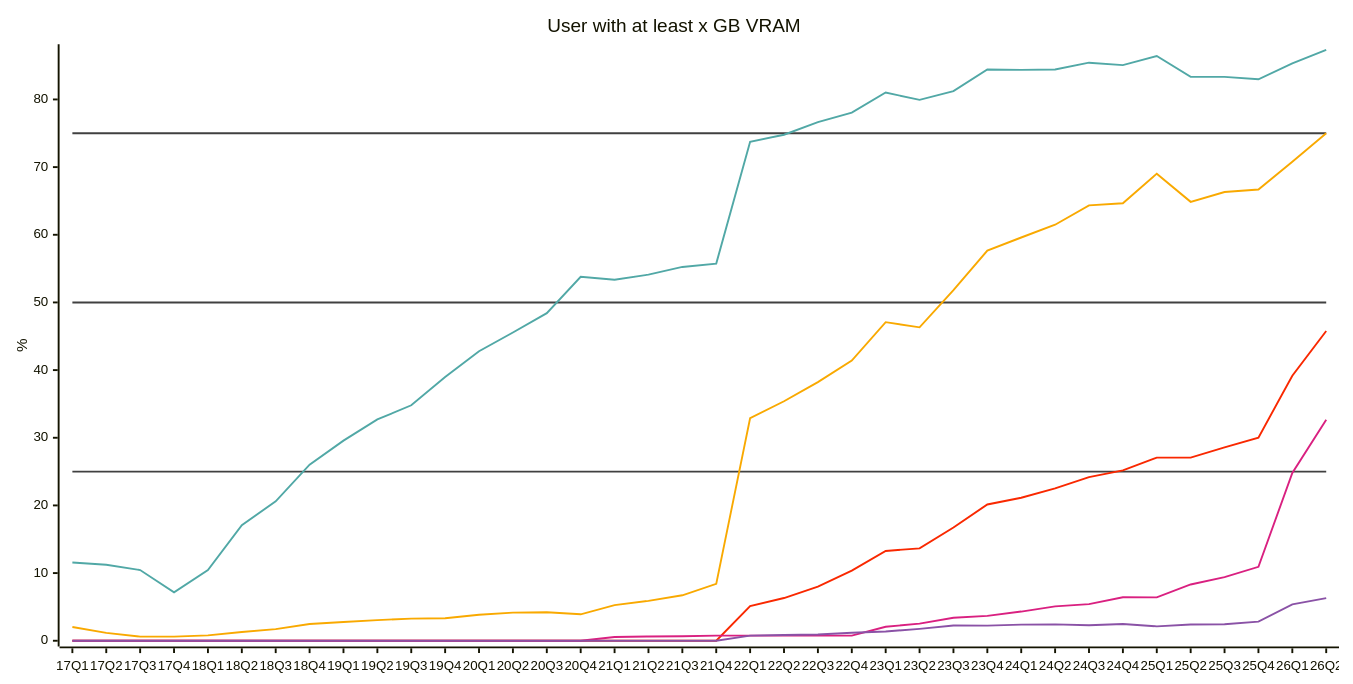
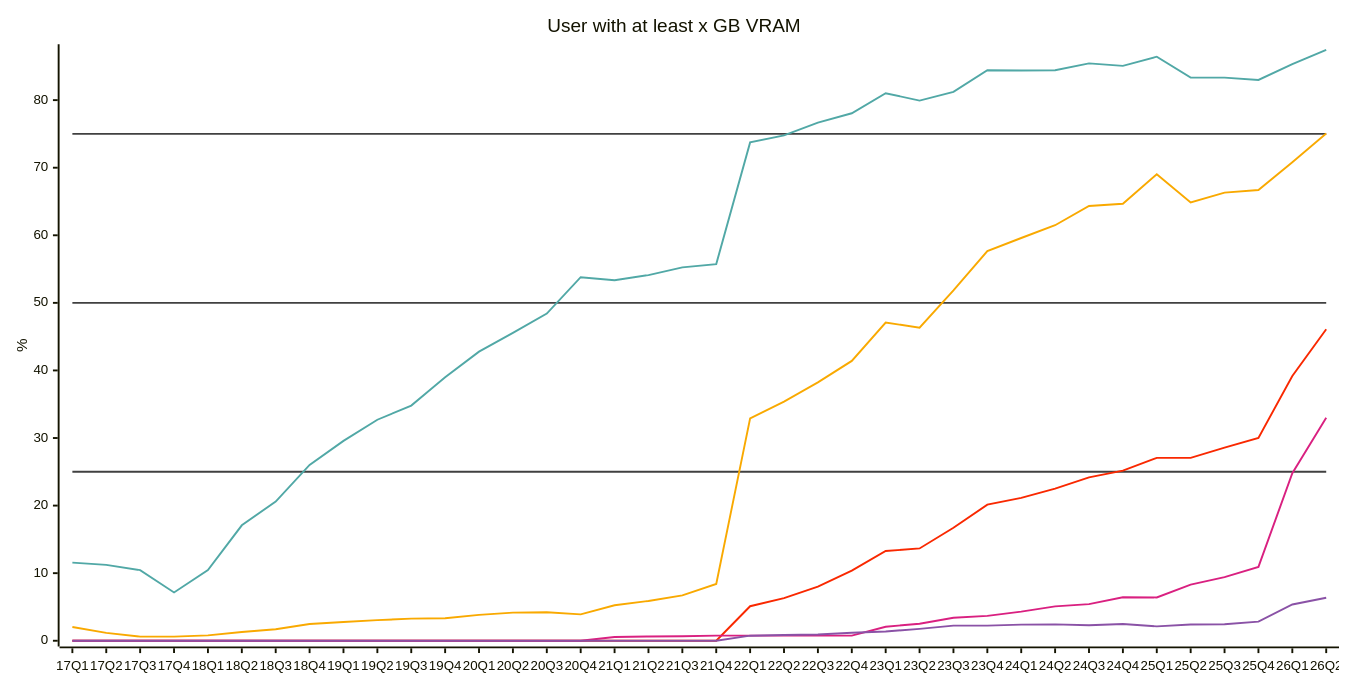
Diagram 12 of 31 in README.md (jdegene/steamHWsurvey), drawn with Mermaid before and after one commit. The commit also changed other lines of this file and 3 other files, not shown here.

````diff
--- a/README.md
+++ b/README.md
@@ -404,26 +410,26 @@
 ```mermaid
 ---
 config:
     xyChart:
         width: 1400
         height: 700
         
     themeVariables:
         xyChart:
             plotColorPalette: "#404040,#404040,#404040,#51a8a6,#f9a900,#f92800,#d92080,#8a52a6"
 
 --- 
 
 xychart-beta
     title "User with at least x GB VRAM"
     x-axis [17Q1, 17Q2, 17Q3, 17Q4, 18Q1, 18Q2, 18Q3, 18Q4, 19Q1, 19Q2, 19Q3, 19Q4, 20Q1, 20Q2, 20Q3, 20Q4, 21Q1, 21Q2, 21Q3, 21Q4, 22Q1, 22Q2, 22Q3, 22Q4, 23Q1, 23Q2, 23Q3, 23Q4, 24Q1, 24Q2, 24Q3, 24Q4, 25Q1, 25Q2, 25Q3, 25Q4, 26Q1, 26Q2]
     y-axis "%" 
  line [25, 25, 25, 25, 25, 25, 25, 25, 25, 25, 25, 25, 25, 25, 25, 25, 25, 25, 25, 25, 25, 25, 25, 25, 25, 25, 25, 25, 25, 25, 25, 25, 25, 25, 25, 25, 25, 25]
  line [50, 50, 50, 50, 50, 50, 50, 50, 50, 50, 50, 50, 50, 50, 50, 50, 50, 50, 50, 50, 50, 50, 50, 50, 50, 50, 50, 50, 50, 50, 50, 50, 50, 50, 50, 50, 50, 50]
  line [75, 75, 75, 75, 75, 75, 75, 75, 75, 75, 75, 75, 75, 75, 75, 75, 75, 75, 75, 75, 75, 75, 75, 75, 75, 75, 75, 75, 75, 75, 75, 75, 75, 75, 75, 75, 75, 75]
-    line [11.559999999999999, 11.223333333333334, 10.45, 7.1466666666666665, 10.453333333333333, 17.083333333333332, 20.599999999999998, 26.023333333333333, 29.580000000000002, 32.70333333333333, 34.803333333333335, 38.989999999999995, 42.78333333333333, 45.556666666666665, 48.413333333333334, 53.79666666666667, 53.35333333333333, 54.11, 55.246666666666655, 55.74, 73.74333333333333, 74.78666666666668, 76.66000000000001, 78.05666666666667, 81.02333333333333, 79.93333333333334, 81.23, 84.42333333333335, 84.37666666666667, 84.42999999999999, 85.43333333333334, 85.07000000000001, 86.42666666666666, 83.33, 83.33333333333334, 82.98666666666666, 85.32166666666666, 87.33]
-    line [2.0366666666666666, 1.16, 0.61, 0.61, 0.79, 1.3033333333333335, 1.71, 2.48, 2.77, 3.046666666666667, 3.2766666666666664, 3.3266666666666667, 3.836666666666667, 4.16, 4.206666666666667, 3.9099999999999997, 5.256666666666667, 5.89, 6.72, 8.406666666666666, 32.903333333333336, 35.39666666666667, 38.22666666666667, 41.41, 47.08666666666666, 46.32000000000001, 51.83, 57.64999999999999, 59.596666666666664, 61.483333333333334, 64.34333333333333, 64.66333333333333, 69.03333333333333, 64.86666666666667, 66.31666666666666, 66.69666666666666, 70.79666666666665, 75.0]
-    line [0, 0, 0, 0, 0, 0, 0, 0, 0, 0, 0, 0, 0, 0, 0, 0, 0, 0, 0, 0, 5.11, 6.3133333333333335, 8.006666666666668, 10.366666666666667, 13.273333333333333, 13.66, 16.726666666666667, 20.14, 21.14, 22.516666666666666, 24.173333333333336, 25.183333333333337, 27.063333333333333, 27.060000000000002, 28.573333333333334, 30.020000000000003, 39.17666666666664, 45.77499999999999]
-    line [0, 0, 0, 0, 0, 0, 0, 0, 0, 0, 0, 0, 0, 0, 0, 0, 0.5549999999999999, 0.6333333333333333, 0.6599999999999999, 0.76, 0.76, 0.76, 0.76, 0.76, 2.07, 2.5233333333333334, 3.4066666666666667, 3.6799999999999997, 4.3133333333333335, 5.079999999999999, 5.413333333333333, 6.43, 6.41, 8.316666666666666, 9.403333333333334, 10.93, 24.791666666666647, 32.665]
-    line [0, 0, 0, 0, 0, 0, 0, 0, 0, 0, 0, 0, 0, 0, 0, 0, 0, 0, 0, 0, 0.75, 0.8500000000000001, 0.9266666666666666, 1.1833333333333333, 1.3733333333333333, 1.76, 2.243333333333333, 2.2333333333333334, 2.3833333333333333, 2.4266666666666667, 2.29, 2.476666666666667, 2.13, 2.396666666666667, 2.4366666666666665, 2.8266666666666667, 5.369999999999997, 6.304999999999994]
+    line [11.559999999999999, 11.223333333333334, 10.45, 7.1466666666666665, 10.453333333333333, 17.083333333333332, 20.599999999999998, 26.023333333333333, 29.580000000000002, 32.70333333333333, 34.803333333333335, 38.989999999999995, 42.78333333333333, 45.556666666666665, 48.413333333333334, 53.79666666666667, 53.35333333333333, 54.11, 55.246666666666655, 55.74, 73.74333333333333, 74.78666666666668, 76.66, 78.05666666666667, 81.02333333333333, 79.93333333333334, 81.23, 84.42333333333335, 84.37666666666667, 84.42999999999999, 85.43333333333334, 85.07000000000001, 86.42666666666666, 83.33, 83.33333333333334, 82.98666666666666, 85.32166666666666, 87.44]
+    line [2.0366666666666666, 1.16, 0.61, 0.61, 0.79, 1.3033333333333335, 1.71, 2.48, 2.77, 3.046666666666667, 3.2766666666666664, 3.3266666666666667, 3.836666666666667, 4.16, 4.206666666666667, 3.9099999999999997, 5.256666666666667, 5.89, 6.72, 8.406666666666666, 32.903333333333336, 35.39666666666667, 38.22666666666667, 41.41, 47.08666666666666, 46.32000000000001, 51.83, 57.64999999999999, 59.596666666666664, 61.483333333333334, 64.34333333333333, 64.66333333333333, 69.03333333333333, 64.86666666666667, 66.31666666666666, 66.69666666666666, 70.79666666666665, 75.06666666666666]
+    line [0, 0, 0, 0, 0, 0, 0, 0, 0, 0, 0, 0, 0, 0, 0, 0, 0, 0, 0, 0, 5.11, 6.3133333333333335, 8.006666666666668, 10.366666666666667, 13.273333333333333, 13.66, 16.726666666666667, 20.14, 21.14, 22.516666666666666, 24.173333333333336, 25.183333333333337, 27.063333333333333, 27.060000000000002, 28.573333333333334, 30.020000000000003, 39.17666666666664, 46.08666666666666]
+    line [0, 0, 0, 0, 0, 0, 0, 0, 0, 0, 0, 0, 0, 0, 0, 0, 0.5549999999999999, 0.6333333333333333, 0.6599999999999999, 0.76, 0.76, 0.76, 0.76, 0.76, 2.07, 2.5233333333333334, 3.4066666666666667, 3.6799999999999997, 4.3133333333333335, 5.079999999999999, 5.413333333333333, 6.43, 6.41, 8.316666666666666, 9.403333333333334, 10.93, 24.791666666666647, 33.01]
+    line [0, 0, 0, 0, 0, 0, 0, 0, 0, 0, 0, 0, 0, 0, 0, 0, 0, 0, 0, 0, 0.75, 0.8500000000000001, 0.9266666666666666, 1.1833333333333333, 1.3733333333333333, 1.76, 2.243333333333333, 2.2333333333333334, 2.3833333333333333, 2.4266666666666667, 2.29, 2.476666666666667, 2.13, 2.396666666666667, 2.4366666666666665, 2.8266666666666667, 5.369999999999997, 6.356666666666663]
 ``` 
````
